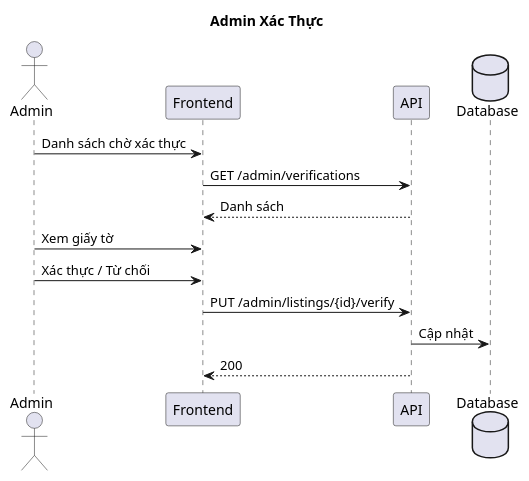
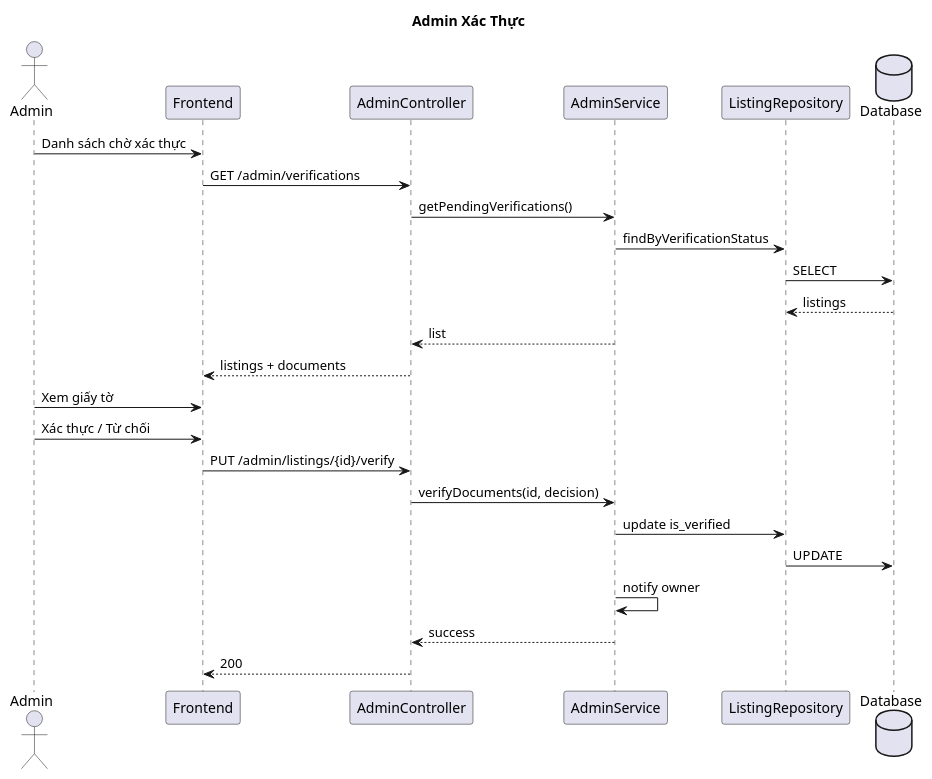
One commit to BuiThaiBao/Propify changed the diagram in docs/sequence-diagram-admin-xac-thuc-tin-dang.md. Above: the diagram before and after it, drawn with PlantUML. The commit also changed other lines of this file and 11 other files, not shown here.

Commit message:
feat: update sequence diagrams to reflect 3-layer architecture and detailed interactions

````diff
--- a/docs/sequence-diagram-admin-xac-thuc-tin-dang.md
+++ b/docs/sequence-diagram-admin-xac-thuc-tin-dang.md
@@ -3,19 +3,30 @@
 ```plantuml
 @startuml
 title Admin Xác Thực
 
 actor "Admin" as Admin
 participant "Frontend" as FE
-participant "API" as API
+participant "AdminController" as Controller
+participant "AdminService" as Service
+participant "ListingRepository" as Repo
 database "Database" as DB
 
 Admin -> FE: Danh sách chờ xác thực
-FE -> API: GET /admin/verifications
-API --> FE: Danh sách
+FE -> Controller: GET /admin/verifications
+Controller -> Service: getPendingVerifications()
+Service -> Repo: findByVerificationStatus
+Repo -> DB: SELECT
+DB --> Repo: listings
+Service --> Controller: list
+Controller --> FE: listings + documents
 Admin -> FE: Xem giấy tờ
 Admin -> FE: Xác thực / Từ chối
-FE -> API: PUT /admin/listings/{id}/verify
-API -> DB: Cập nhật
-API --> FE: 200
+FE -> Controller: PUT /admin/listings/{id}/verify
+Controller -> Service: verifyDocuments(id, decision)
+Service -> Repo: update is_verified
+Repo -> DB: UPDATE
+Service -> Service: notify owner
+Service --> Controller: success
+Controller --> FE: 200
 @enduml
 ```
````
